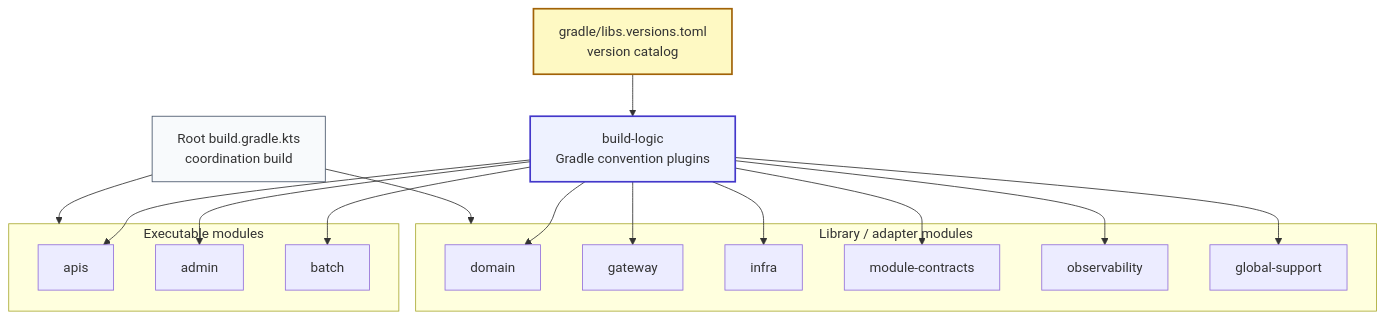
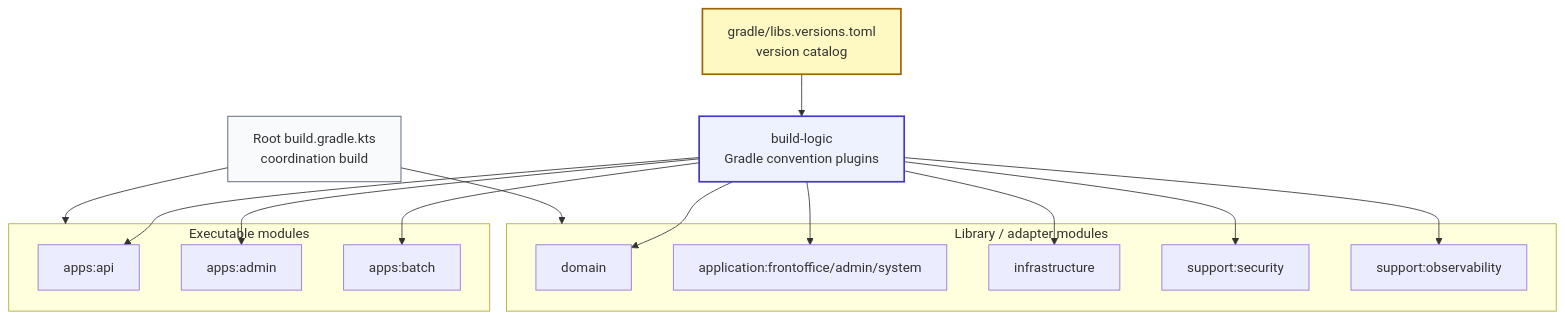
Before and after one commit to TEAM-BEAT/BEAT-SERVER: the first of 4 diagrams in build-logic/README.md, drawn with Mermaid. The commit also changed other lines of this file and 1287 other files, not shown here.

````diff
--- a/build-logic/README.md
+++ b/build-logic/README.md
@@ -42,38 +42,36 @@
 ```mermaid
 flowchart TB
     Catalog[gradle/libs.versions.toml<br/>version catalog]
     BuildLogic[build-logic<br/>Gradle convention plugins]
     Root[Root build.gradle.kts<br/>coordination build]
 
     subgraph Executable[Executable modules]
-        APIs[apis]
-        Admin[admin]
-        Batch[batch]
+        APIs[apps:api]
+        Admin[apps:admin]
+        Batch[apps:batch]
     end
 
     subgraph Libraries[Library / adapter modules]
         Domain[domain]
-        Gateway[gateway]
-        Infra[infra]
-        Contracts[module-contracts]
-        Observability[observability]
-        Support[global-support]
+        Applications[application:frontoffice/admin/system]
+        Infra[infrastructure]
+        Security[support:security]
+        Observability[support:observability]
     end
 
     Catalog --> BuildLogic
     BuildLogic --> APIs
     BuildLogic --> Admin
     BuildLogic --> Batch
     BuildLogic --> Domain
-    BuildLogic --> Gateway
+    BuildLogic --> Applications
     BuildLogic --> Infra
-    BuildLogic --> Contracts
+    BuildLogic --> Security
     BuildLogic --> Observability
-    BuildLogic --> Support
     Root --> Executable
     Root --> Libraries
 
     style BuildLogic fill:#eef2ff,stroke:#4338ca,stroke-width:2px
     style Catalog fill:#fef9c3,stroke:#a16207,stroke-width:2px
     style Root fill:#f8fafc,stroke:#475569,stroke-width:1px
 ```
````
